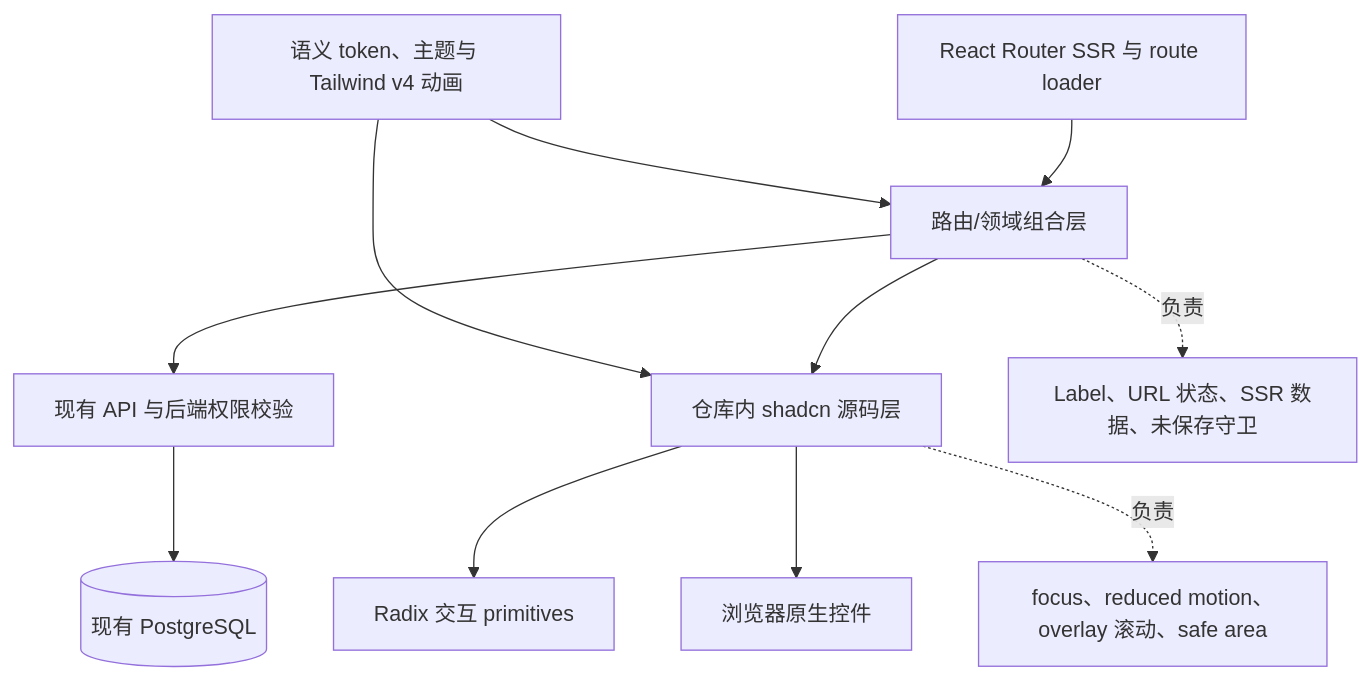
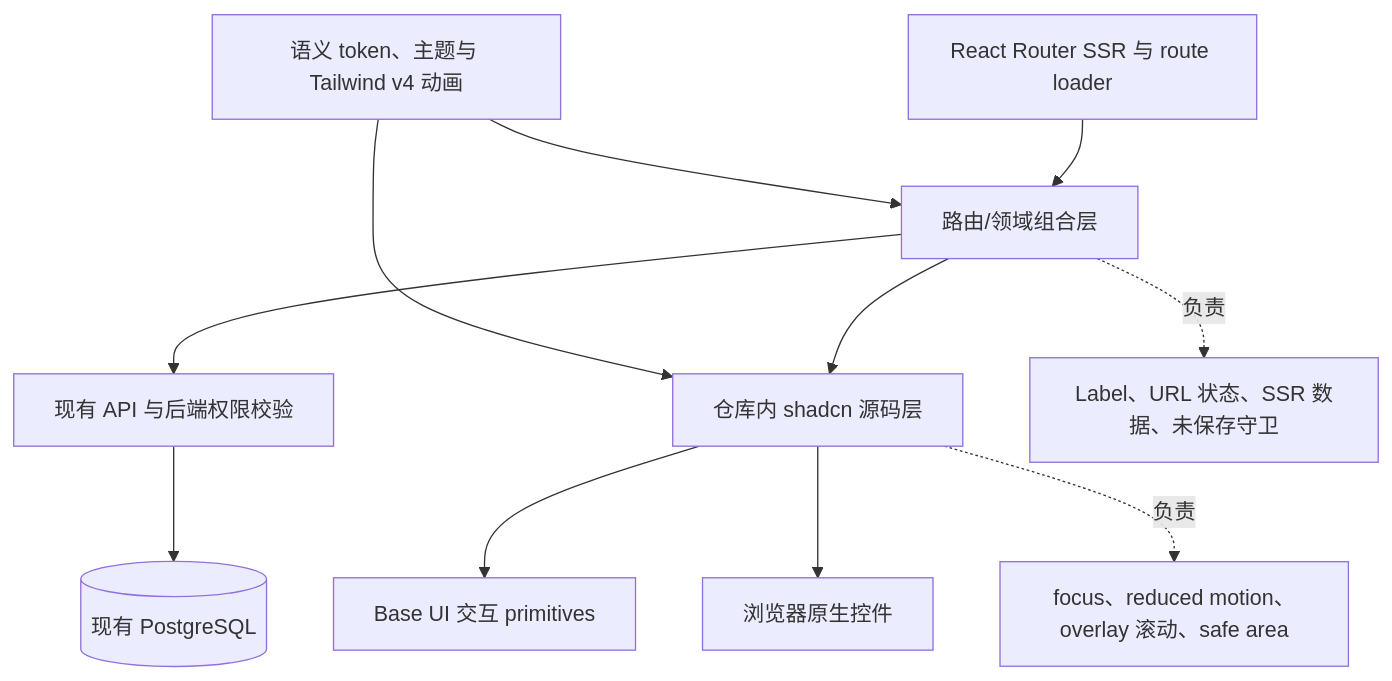
One commit to cnodejs/cnode-next changed the first of 2 diagrams in openspec/changes/harden-web-ui-system/design.md. Above: the diagram before and after it, drawn with Mermaid. The commit also changed other lines of this file and 81 other files, not shown here.

````diff
--- a/openspec/changes/harden-web-ui-system/design.md
+++ b/openspec/changes/harden-web-ui-system/design.md
@@ -9,14 +9,14 @@
 ```mermaid
 flowchart TD
     RR[React Router SSR 与 route loader] --> Route[路由/领域组合层]
     Route --> UI[仓库内 shadcn 源码层]
-    UI --> Radix[Radix 交互 primitives]
+    UI --> Base[Base UI 交互 primitives]
     UI --> Native[浏览器原生控件]
     Tokens[语义 token、主题与 Tailwind v4 动画] --> UI
     Tokens --> Route
     Route --> API[现有 API 与后端权限校验]
     API --> PG[(现有 PostgreSQL)]
 
     Route -.负责.-> RouteOwn[Label、URL 状态、SSR 数据、未保存守卫]
     UI -.负责.-> UIOwn[focus、reduced motion、overlay 滚动、safe area]
 ```
````
